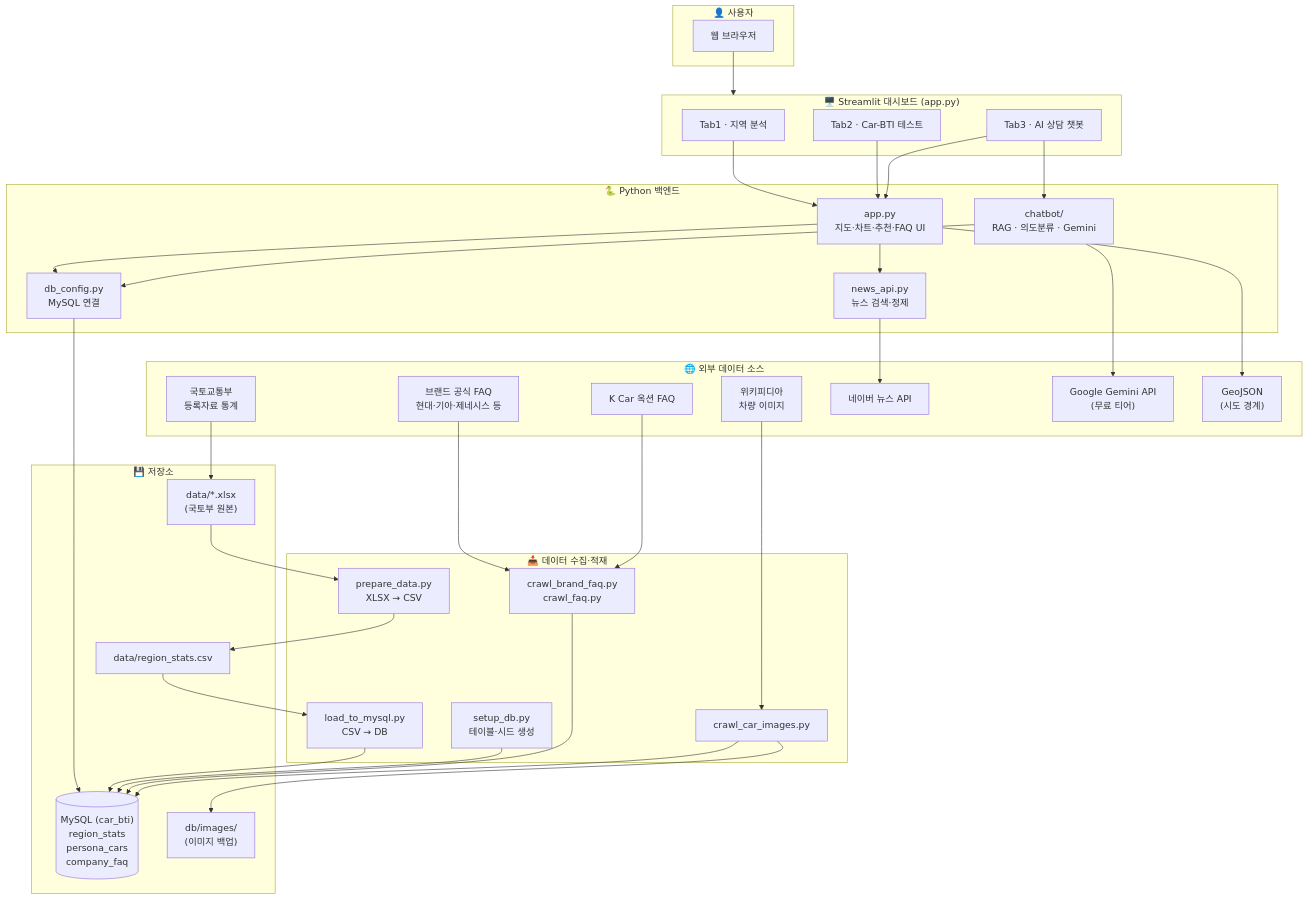
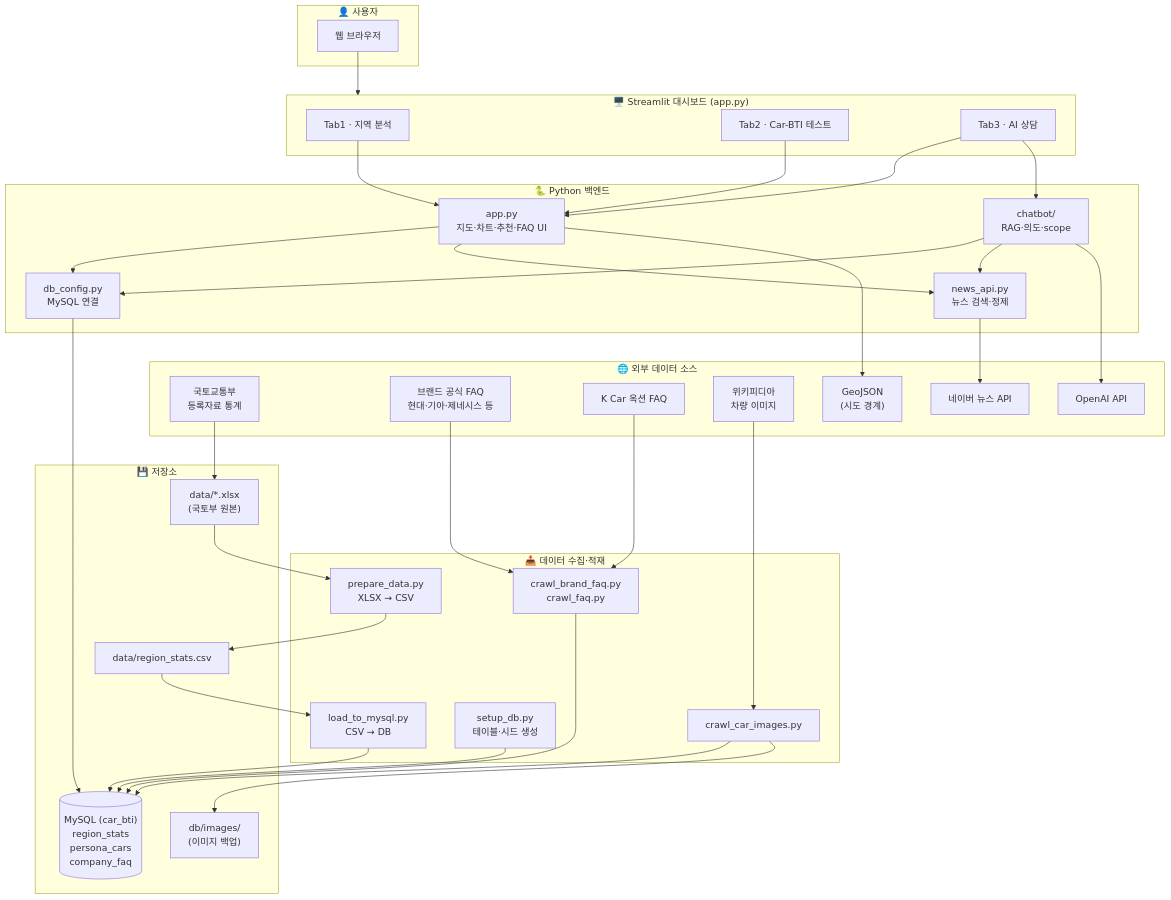
Before and after one commit to SKNETWORKS-FAMILY-AICAMP/SKN34-1st-3Team: the first of 6 diagrams in docs/아키텍처_기능흐름도.md, drawn with Mermaid. The commit also changed other lines of this file and 14 other files, not shown here.

````diff
--- a/docs/아키텍처_기능흐름도.md
+++ b/docs/아키텍처_기능흐름도.md
@@ -10,65 +10,66 @@
 ```mermaid
 flowchart TB
     subgraph User["👤 사용자"]
         Browser["웹 브라우저"]
     end
 
     subgraph App["🖥️ Streamlit 대시보드 (app.py)"]
         Tab1["Tab1 · 지역 분석"]
         Tab2["Tab2 · Car-BTI 테스트"]
-        Tab3["Tab3 · AI 상담 챗봇"]
+        Tab3["Tab3 · AI 상담"]
     end
 
     subgraph Python["🐍 Python 백엔드"]
         AppCore["app.py<br/>지도·차트·추천·FAQ UI"]
-        Chatbot["chatbot/<br/>RAG · 의도분류 · Gemini"]
+        Chatbot["chatbot/<br/>RAG·의도·scope"]
         NewsAPI["news_api.py<br/>뉴스 검색·정제"]
         DBConfig["db_config.py<br/>MySQL 연결"]
     end
 
     subgraph DataPipeline["📥 데이터 수집·적재"]
         Prepare["prepare_data.py<br/>XLSX → CSV"]
         Load["load_to_mysql.py<br/>CSV → DB"]
         Setup["setup_db.py<br/>테이블·시드 생성"]
         CrawlFAQ["crawl_brand_faq.py<br/>crawl_faq.py"]
         CrawlImg["crawl_car_images.py"]
     end
 
     subgraph Storage["💾 저장소"]
         MySQL[("MySQL (car_bti)<br/>region_stats<br/>persona_cars<br/>company_faq")]
         CSV["data/region_stats.csv"]
         XLSX["data/*.xlsx<br/>(국토부 원본)"]
         LocalImg["db/images/<br/>(이미지 백업)"]
     end
 
     subgraph External["🌐 외부 데이터 소스"]
         MOLIT["국토교통부<br/>등록자료 통계"]
         BrandSites["브랜드 공식 FAQ<br/>현대·기아·제네시스 등"]
         KCar["K Car 옥션 FAQ"]
         Wiki["위키피디아<br/>차량 이미지"]
         Naver["네이버 뉴스 API"]
-        Gemini["Google Gemini API<br/>(무료 티어)"]
+        OpenAI["OpenAI API"]
         GeoJSON["GeoJSON<br/>(시도 경계)"]
     end
 
     Browser --> App
     Tab1 & Tab2 & Tab3 --> AppCore
     Tab3 --> Chatbot
 
     AppCore --> DBConfig
     Chatbot --> DBConfig
-    Chatbot --> Gemini
+    Chatbot --> NewsAPI
+    Chatbot --> OpenAI
     AppCore --> NewsAPI
     NewsAPI --> Naver
     AppCore --> GeoJSON
 
     DBConfig --> MySQL
 
     MOLIT --> XLSX
     XLSX --> Prepare --> CSV --> Load --> MySQL
     Setup --> MySQL
 
     BrandSites & KCar --> CrawlFAQ --> MySQL
     Wiki --> CrawlImg --> MySQL
     CrawlImg --> LocalImg
 ```
````
